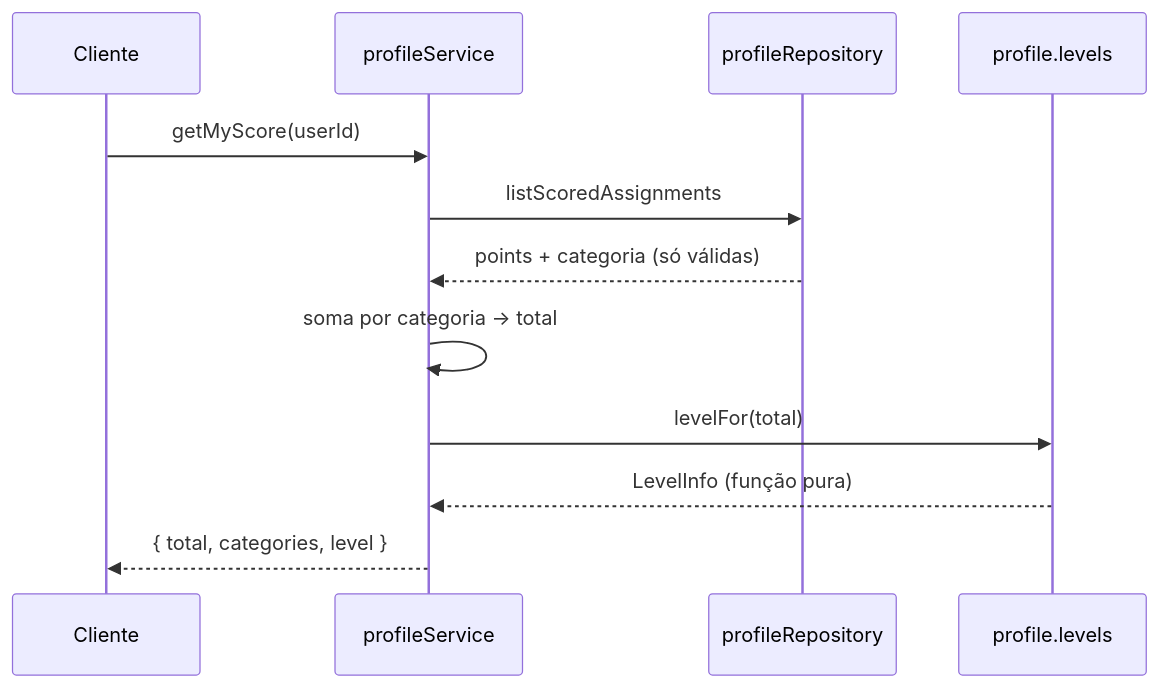
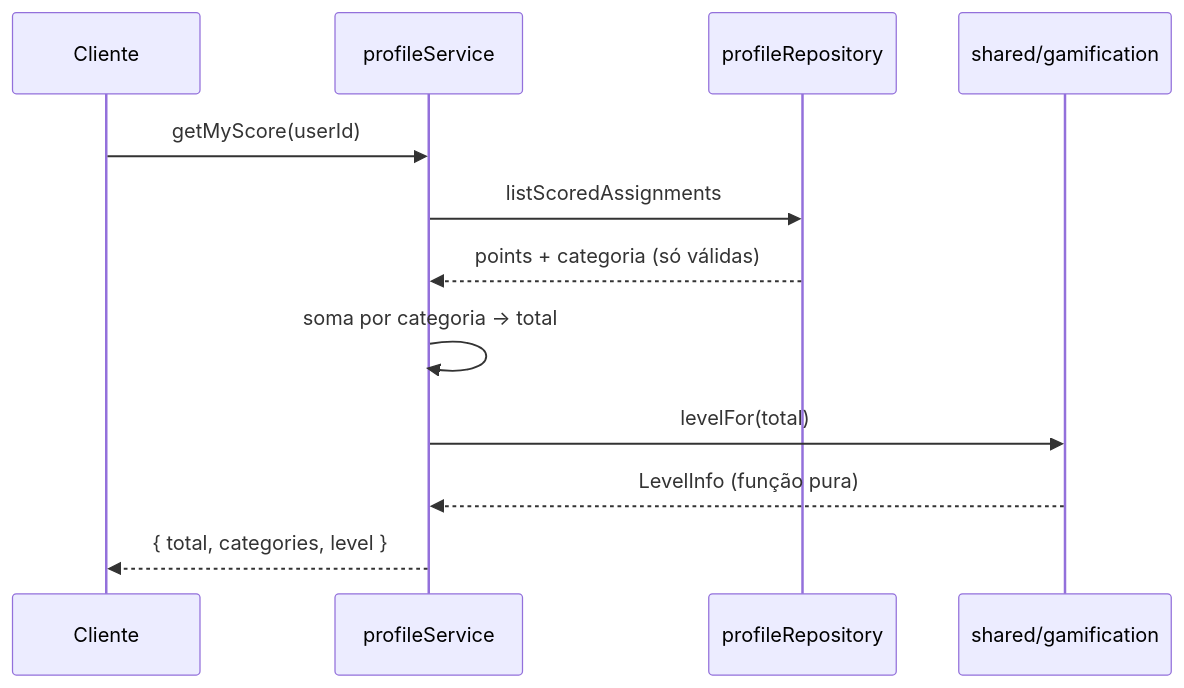
One commit to TiagoM13/kpi-corp changed the second of 3 diagrams in docs/modules/profile.md. Above: the diagram before and after it, drawn with Mermaid. The commit also changed other lines of this file and 19 other files, not shown here.

````diff
--- a/docs/modules/profile.md
+++ b/docs/modules/profile.md
@@ -81,15 +98,15 @@
 ```mermaid
 sequenceDiagram
     participant C as Cliente
     participant S as profileService
     participant R as profileRepository
-    participant L as profile.levels
+    participant L as shared/gamification
 
     C->>S: getMyScore(userId)
     S->>R: listScoredAssignments
     R-->>S: points + categoria (só válidas)
     S->>S: soma por categoria → total
     S->>L: levelFor(total)
     L-->>S: LevelInfo (função pura)
     S-->>C: { total, categories, level }
 ```
````
